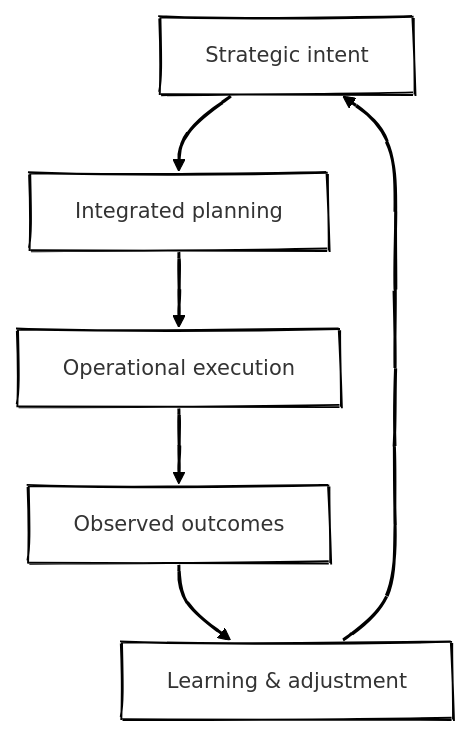
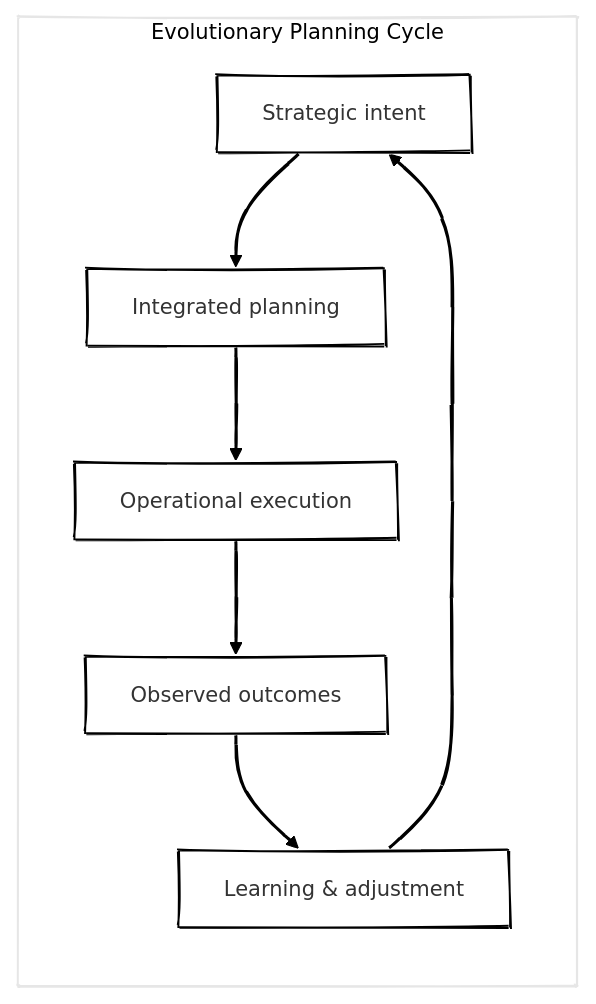
Before and after one commit to antomon/antomon.github.io: the third of 9 diagrams in posts/comprehensive-guide-to-sales-and-operations-planning/index.qmd, drawn with Mermaid. The commit also changed other lines of this file and 4 other files, not shown here.

````diff
--- a/posts/comprehensive-guide-to-sales-and-operations-planning/index.qmd
+++ b/posts/comprehensive-guide-to-sales-and-operations-planning/index.qmd
@@ -93,14 +99,22 @@
 ```{mermaid}
 %%| label: fig-evolutionary-planning-cycle
 %%| fig-cap: "Evolutionary planning cycle linking strategic intent, integrated planning, operational execution, and organisational learning through continuous feedback loops."
 %%| fig-alt: "Circular diagram showing strategy flowing into planning, execution producing outcomes, and learning feeding back into strategy."
 %%| fig-align: "center"
 %%{init: {"theme": "neo", "look": "handDrawn"}}%%
 
-flowchart TB
-S[Strategic intent] --> P[Integrated planning]
-P --> E[Operational execution]
-E --> O[Observed outcomes]
-O --> L[Learning & adjustment]
-L --> S
+flowchart LR
+  S[Strategic intent] --> P[Integrated planning]
+  P --> E[Operational execution]
+  E --> O[Observed outcomes]
+  O --> L[Learning & adjustment]
+  L --> S
+
+  subgraph Evolutionary_Planning_Cycle [Evolutionary Planning Cycle]
+    S
+    P
+    E 
+    O
+    L
+  end
 ```
````
